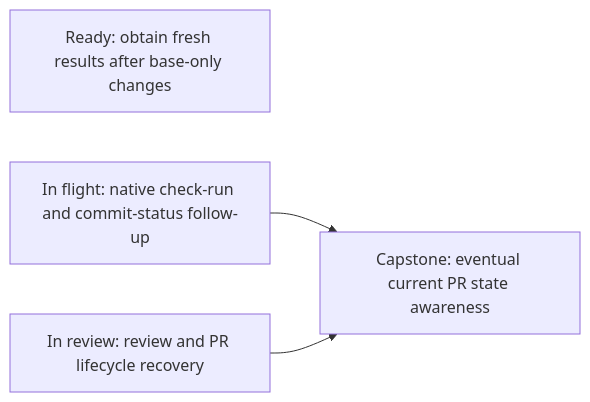
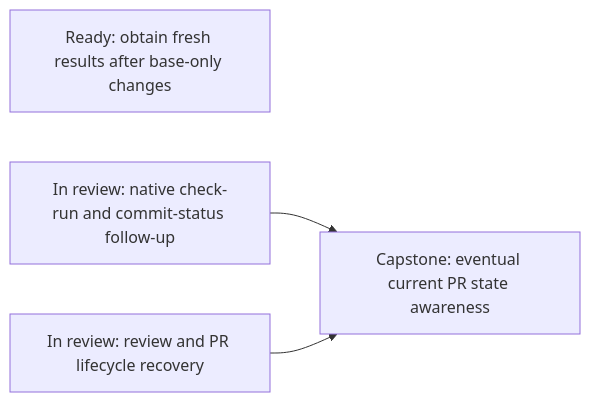
One commit to agentydragon/ducktape changed the fifth of 20 diagrams in agentplane/plans/task_dag.md. Above: the diagram before and after it, drawn with Mermaid. The commit also changed other lines of this file, not shown here.

Commit message:
Link native GitHub observation follow-up in the task DAG

````diff
--- a/agentplane/plans/task_dag.md
+++ b/agentplane/plans/task_dag.md
@@ -248,9 +248,9 @@
 ```mermaid
 flowchart LR
     GITHUB_MERGEABILITY_FRESHNESS[Ready: obtain fresh results after base-only changes]
-    GITHUB_CI_RECOVERY[In flight: native check-run and commit-status follow-up]
+    GITHUB_CI_RECOVERY[In review: native check-run and commit-status follow-up]
     GITHUB_REVIEW_LIFECYCLE_RECOVERY[In review: review and PR lifecycle recovery]
     GITHUB_NOTIFICATION_RECOVERY[Capstone: eventual current PR state awareness]
     GITHUB_CI_RECOVERY --> GITHUB_NOTIFICATION_RECOVERY
     GITHUB_REVIEW_LIFECYCLE_RECOVERY --> GITHUB_NOTIFICATION_RECOVERY
 ```
````
